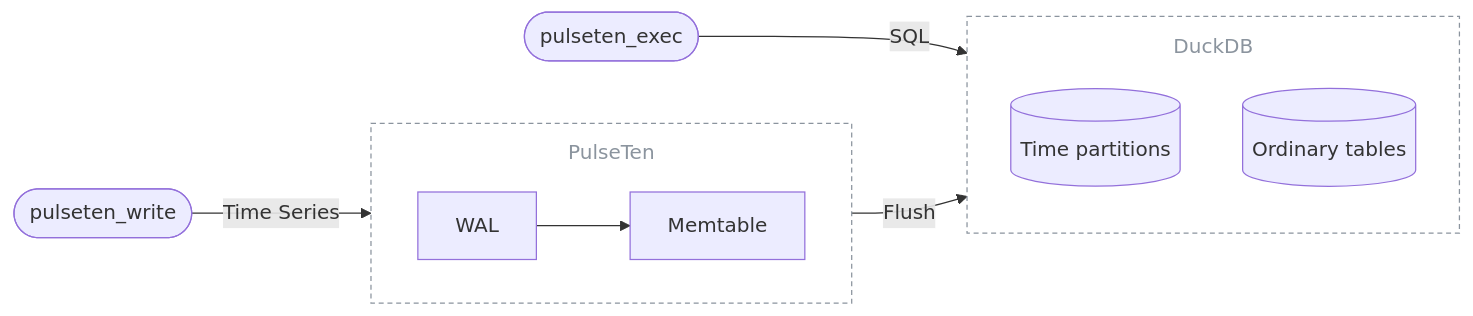
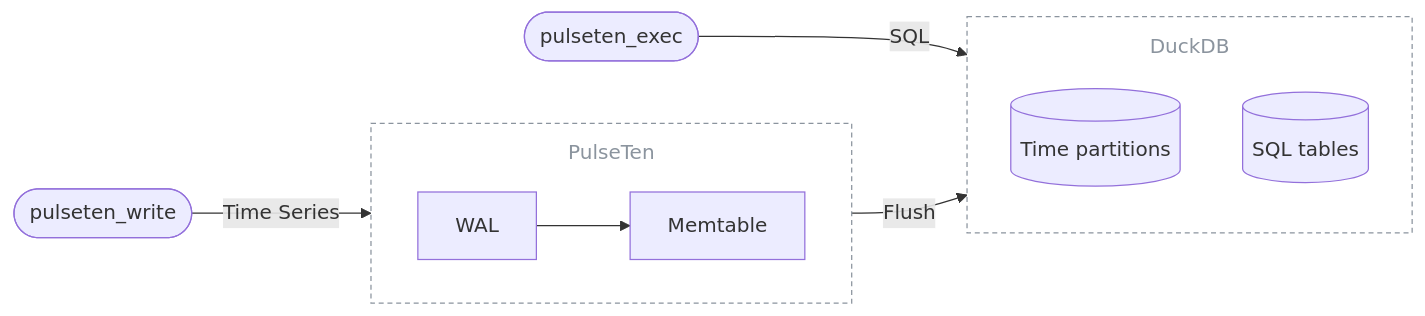
Before and after one commit to leviathan0992/pulseten: the diagram in README.md, drawn with Mermaid. The commit also changed other lines of this file and 1 other file, not shown here.

````diff
--- a/README.md
+++ b/README.md
@@ -36,22 +36,22 @@
 ```mermaid
 %%{init: {"flowchart": {"subGraphTitleMargin": {"top": 12, "bottom": 8}}}}%%
 flowchart LR
   write(["pulseten_write"]) -- Time Series --> wal
 
   subgraph engine ["PulseTen"]
     direction LR
     wal["WAL"] --> mem["Memtable"]
   end
 
   subgraph duckdb ["DuckDB"]
     direction TB
     part[("Time partitions")]
-    rel[("Ordinary tables")]
+    rel[("SQL tables")]
   end
 
   mem -- Flush --> part
   exec(["pulseten_exec"]) -- SQL --> rel
 
   style engine fill:none,stroke:#8b949e,stroke-dasharray:4 3,color:#8b949e
   style duckdb fill:none,stroke:#8b949e,stroke-dasharray:4 3,color:#8b949e
 ```
````
